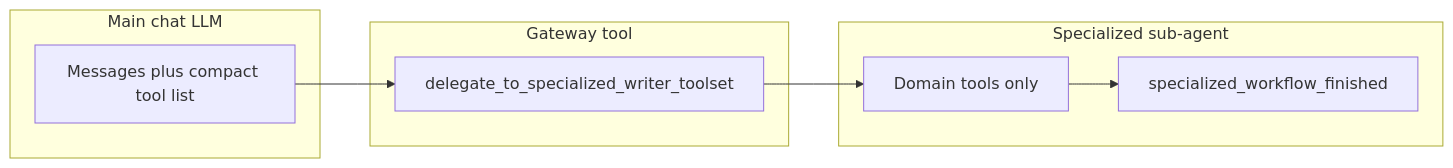
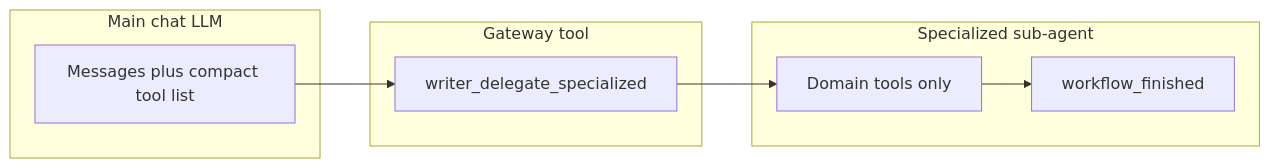
The diagram in docs/writer/specialized-toolsets.md (KeithCu/writeragent), drawn with Mermaid before and after one commit. The commit also changed other lines of this file and 140 other files, not shown here.

````diff
--- a/docs/writer/specialized-toolsets.md
+++ b/docs/writer/specialized-toolsets.md
@@ -189,16 +189,16 @@
 ```mermaid
 flowchart LR
   subgraph main [Main chat LLM]
     M[Messages plus compact tool list]
   end
   subgraph gateway [Gateway tool]
-    D[delegate_to_specialized_writer_toolset]
+    D[writer_delegate_specialized]
   end
   subgraph sub [Specialized sub-agent]
     T[Domain tools only]
-    F[specialized_workflow_finished]
+    F[workflow_finished]
   end
   M --> D
   D --> T
   T --> F
 ```
````
